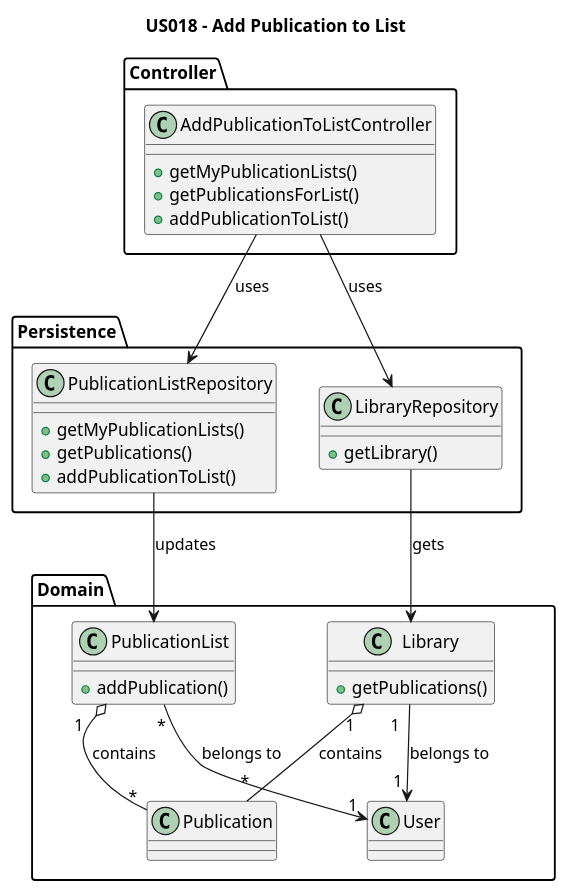
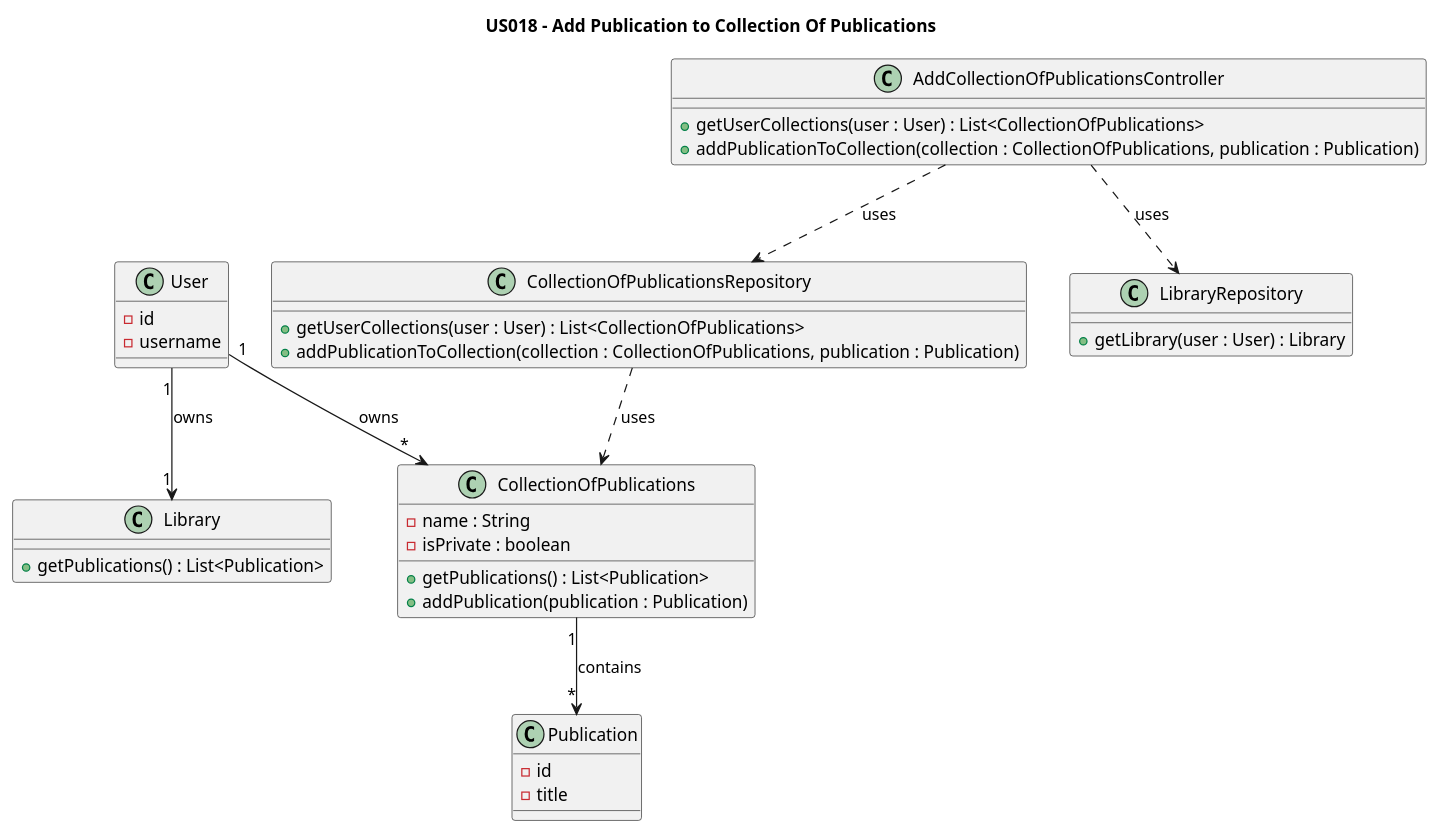
One commit to AndrePereiraGitH/SWitCH-Project-Team_A changed the diagram in Diagrams/ClassDiagrams/US018-to-add-publication-to-list.puml. Above: the diagram before and after it, drawn with PlantUML. The commit also changed 5 other files, not shown here.

Commit message:
#88 #89 and #92 #94: update SSD (N1), sequence (N2) and class diagrams

```diff
--- a/Diagrams/ClassDiagrams/US018-to-add-publication-to-list.puml
+++ b/Diagrams/ClassDiagrams/US018-to-add-publication-to-list.puml
@@ -1,49 +1,63 @@
 @startuml
-title US018 - Add Publication to List
+title US018 - Add Publication to Collection Of Publications
 
-package "Controller" {
-  class AddPublicationToListController {
-    +getMyPublicationLists()
-    +getPublicationsForList()
-    +addPublicationToList()
-  }
+' ======================
+' Domain
+' ======================
+
+class User {
+  -id
+  -username
 }
 
-package "Persistence" {
-  class PublicationListRepository {
-    +getMyPublicationLists()
-    +getPublications()
-    +addPublicationToList()
-  }
-
-  class LibraryRepository {
-    +getLibrary()
-  }
+class Publication {
+  -id
+  -title
 }
 
-package "Domain" {
-  class Library {
-    +getPublications()
-  }
-
-  class PublicationList {
-    +addPublication()
-  }
-
-  class Publication
-  class User
+class CollectionOfPublications {
+  -name : String
+  -isPrivate : boolean
+  +getPublications() : List<Publication>
+  +addPublication(publication : Publication)
 }
 
-AddPublicationToListController --> PublicationListRepository : uses
-AddPublicationToListController --> LibraryRepository : uses
+class Library {
+  +getPublications() : List<Publication>
+}
 
-LibraryRepository --> Library : gets
-PublicationListRepository --> PublicationList : updates
+User "1" --> "*" CollectionOfPublications : owns
+CollectionOfPublications "1" --> "*" Publication : contains
+User "1" --> "1" Library : owns
 
-Library " 1" o-- "            *" Publication : contains
-PublicationList "1   " o-- " *" Publication : contains
-PublicationList " *" --> "    1" User :  belongs to
-Library "1  " --> "1 " User :  belongs to
+' ======================
+' Application
+' ======================
 
+class AddCollectionOfPublicationsController {
+  +getUserCollections(user : User) : List<CollectionOfPublications>
+  +addPublicationToCollection(collection : CollectionOfPublications, publication : Publication)
+}
+
+' ======================
+' Persistence
+' ======================
+
+class CollectionOfPublicationsRepository {
+  +getUserCollections(user : User) : List<CollectionOfPublications>
+  +addPublicationToCollection(collection : CollectionOfPublications, publication : Publication)
+}
+
+class LibraryRepository {
+  +getLibrary(user : User) : Library
+}
+
+' ======================
+' Dependencies (from SSD)
+' ======================
+
+AddCollectionOfPublicationsController ..> CollectionOfPublicationsRepository : uses
+AddCollectionOfPublicationsController ..> LibraryRepository : uses
+CollectionOfPublicationsRepository ..> CollectionOfPublications : uses
 
 @enduml
```
